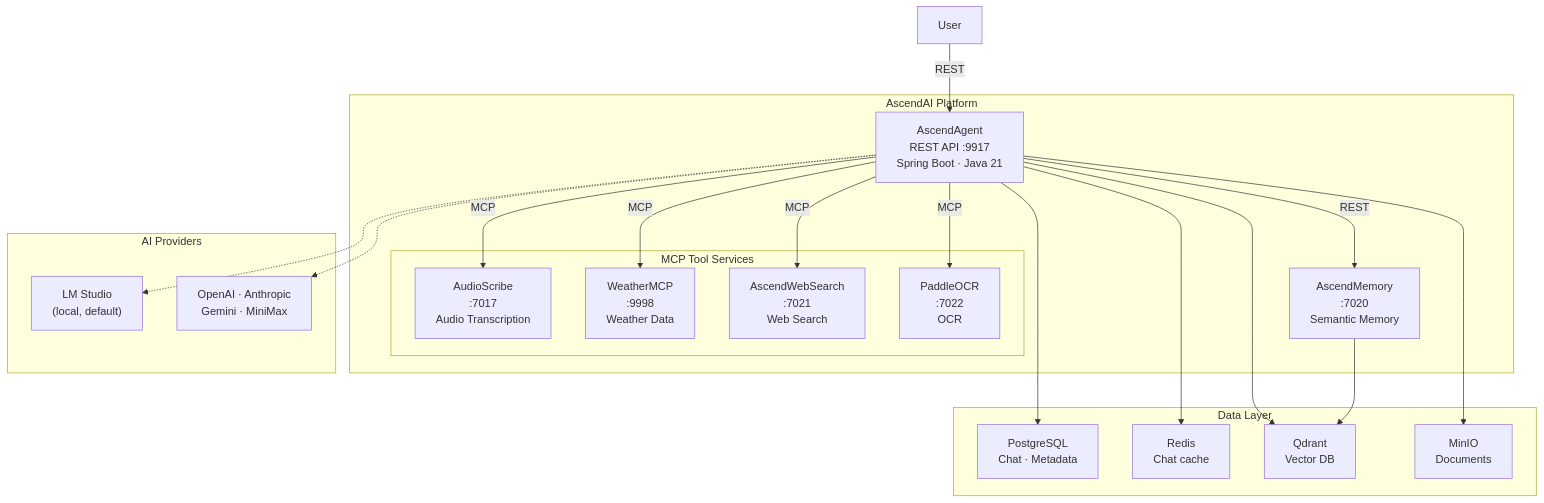
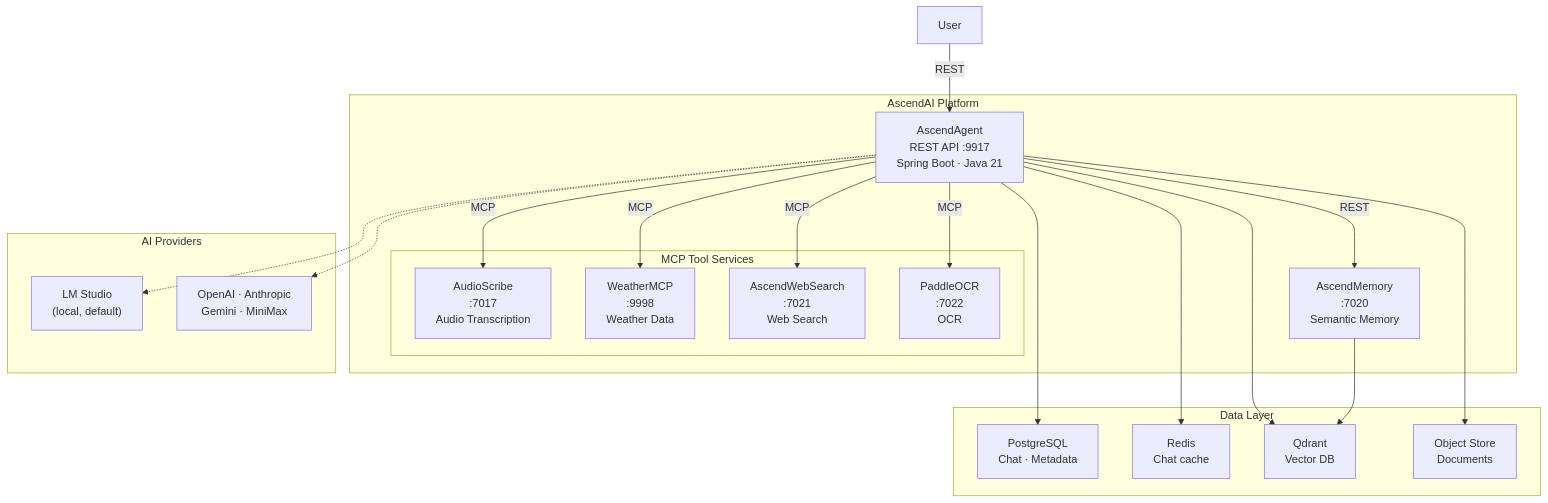
The first of 2 diagrams in README.md (Lukk17/AscendAI), drawn with Mermaid before and after one commit. The commit also changed other lines of this file and 207 other files, not shown here.

First line of the commit message:
feat(storage): replace MinIO with Floci as the local object store

````diff
--- a/README.md
+++ b/README.md
@@ -29,43 +29,43 @@
 ```mermaid
 graph TB
     User["User"]
 
     subgraph "AscendAI Platform"
         Agent["AscendAgent<br/>REST API :9917<br/>Spring Boot · Java 21"]
 
         subgraph "MCP Tool Services"
             AudioScribe["AudioScribe<br/>:7017<br/>Audio Transcription"]
             Weather["WeatherMCP<br/>:9998<br/>Weather Data"]
             WebSearch["AscendWebSearch<br/>:7021<br/>Web Search"]
             PaddleOCR["PaddleOCR<br/>:7022<br/>OCR"]
         end
 
         Memory["AscendMemory<br/>:7020<br/>Semantic Memory"]
     end
 
     subgraph "AI Providers"
         Local["LM Studio<br/>(local, default)"]
         Cloud["OpenAI · Anthropic<br/>Gemini · MiniMax"]
     end
 
     subgraph "Data Layer"
         PG["PostgreSQL<br/>Chat · Metadata"]
         RD["Redis<br/>Chat cache"]
         QD["Qdrant<br/>Vector DB"]
-        S3["MinIO<br/>Documents"]
+        S3["Object Store<br/>Documents"]
     end
 
     User -->|"REST"| Agent
     Agent -->|"MCP"| AudioScribe
     Agent -->|"MCP"| Weather
     Agent -->|"MCP"| WebSearch
     Agent -->|"MCP"| PaddleOCR
     Agent -->|"REST"| Memory
     Agent -.-> Local
     Agent -.-> Cloud
     Agent --> PG
     Agent --> RD
     Agent --> QD
     Agent --> S3
     Memory --> QD
 ```
````
